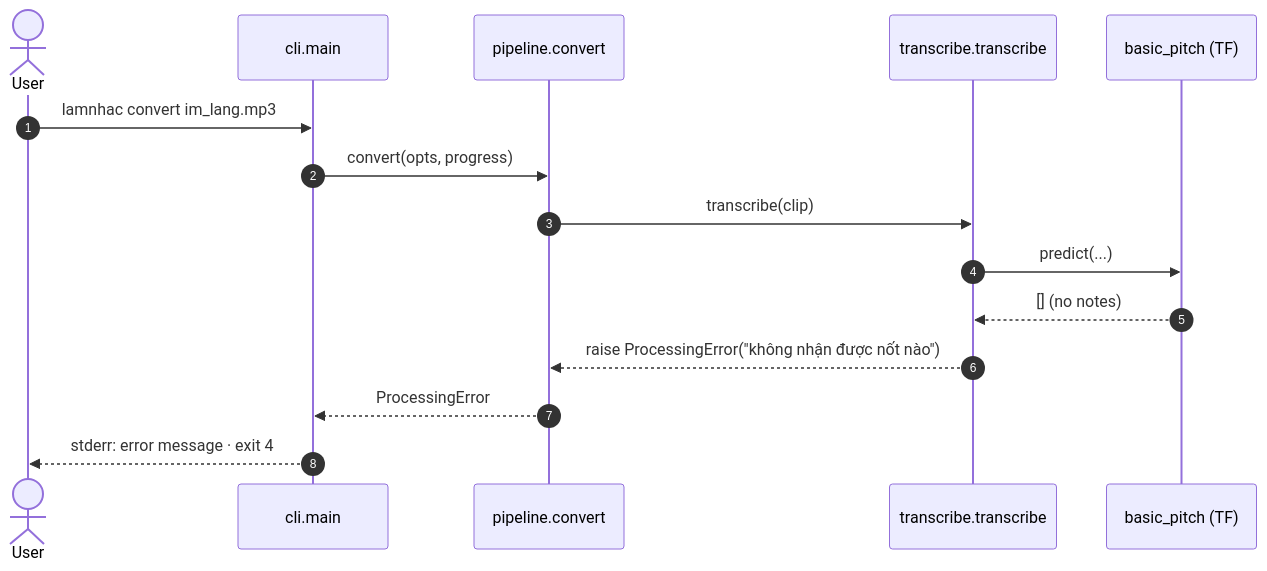
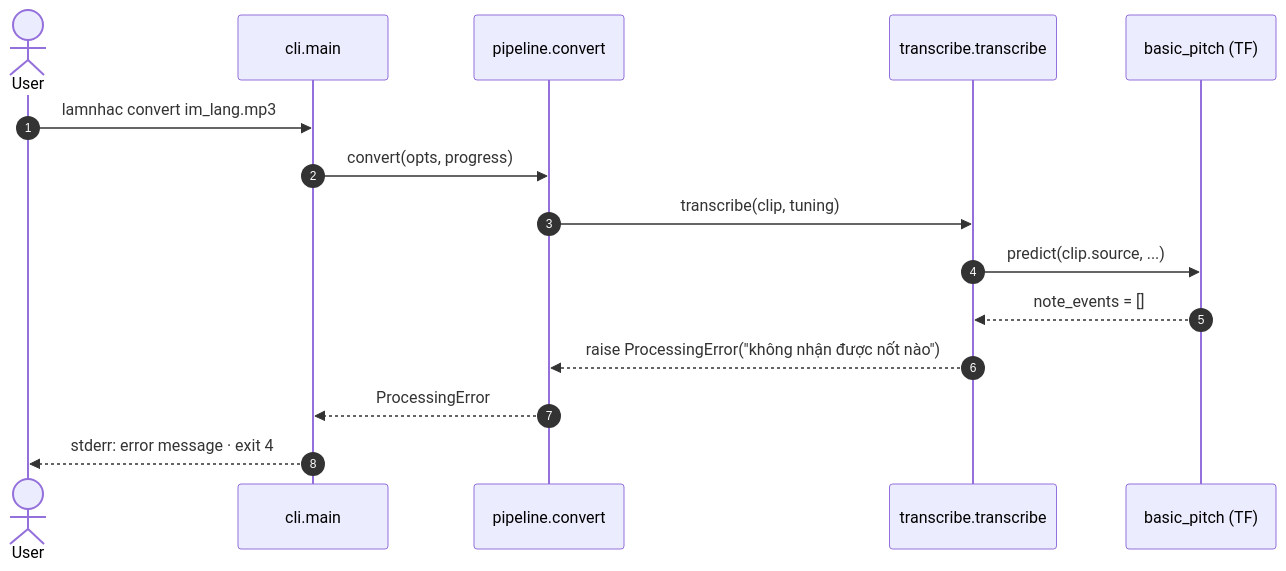
The third of 4 diagrams in docs/sequence/sequence-mp3-to-guitarpro.md (nguyenhuuca/lamnhac), drawn with Mermaid before and after one commit. The commit also changed other lines of this file and 3 other files, not shown here.

````diff
--- a/docs/sequence/sequence-mp3-to-guitarpro.md
+++ b/docs/sequence/sequence-mp3-to-guitarpro.md
@@ -76,18 +81,18 @@
 ```mermaid
 sequenceDiagram
     autonumber
     actor U as User
     participant CLI as cli.main
     participant P as pipeline.convert
     participant T as transcribe.transcribe
     participant BP as basic_pitch (TF)
 
     U->>CLI: lamnhac convert im_lang.mp3
     CLI->>P: convert(opts, progress)
-    P->>T: transcribe(clip)
-    T->>BP: predict(...)
-    BP-->>T: [] (no notes)
+    P->>T: transcribe(clip, tuning)
+    T->>BP: predict(clip.source, ...)
+    BP-->>T: note_events = []
     T-->>P: raise ProcessingError("không nhận được nốt nào")
     P-->>CLI: ProcessingError
     CLI-->>U: stderr: error message · exit 4
 ```
````
